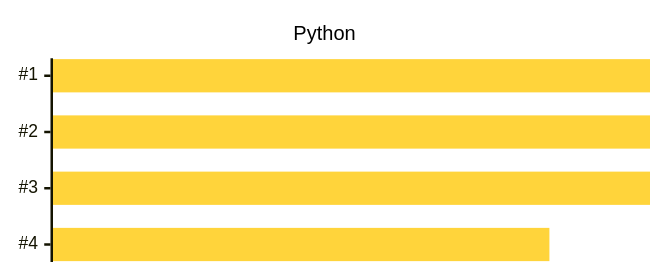
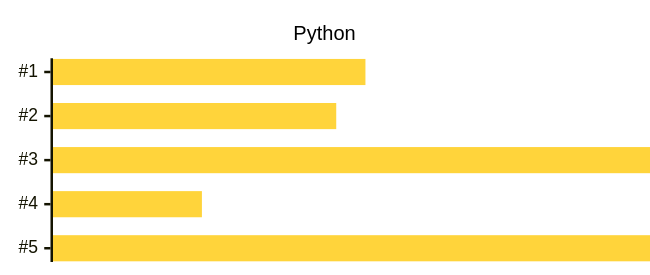
One commit to thomasmueller/bau-lang changed the fifth of 6 diagrams in doc/performance.md. Above: the diagram before and after it, drawn with Mermaid. The commit also changed other lines of this file and 19 other files, not shown here.

````diff
--- a/doc/performance.md
+++ b/doc/performance.md
@@ -115,21 +151,21 @@
 ```mermaid
 ---
 config:
     xyChart:
         titleFontSize: 16
         width: 500
         height: 200
         plotReservedSpacePercent: 80
         yAxis: { showLabel: false, showTick: false, showAxisLine: false }
         chartOrientation: "horizontal"
     themeVariables:
         xyChart:
             titleColor: "#000000"
             plotColorPalette: "#FFD43B"
 ---
 xychart-beta
     title "Python"
-    x-axis [#1, #2, #3, #4]
-    y-axis "Seconds" 0 --> 6
-    bar [10.7, 9.7, 99, 5.1]
+    x-axis [#1, #2, #3, #4, #5]
+    y-axis "Seconds" 0 --> 20
+    bar [10.7, 9.7,270, 5.1, 432]
 ```
````
